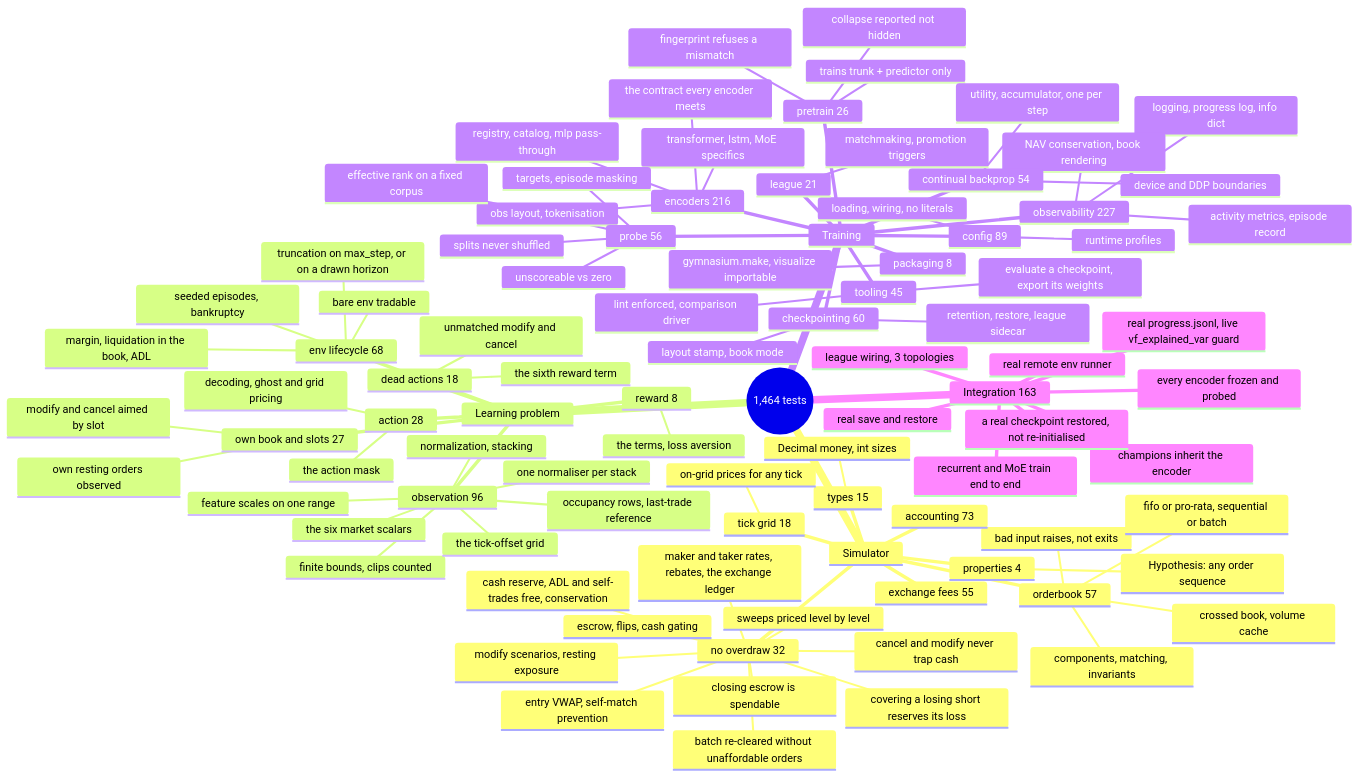
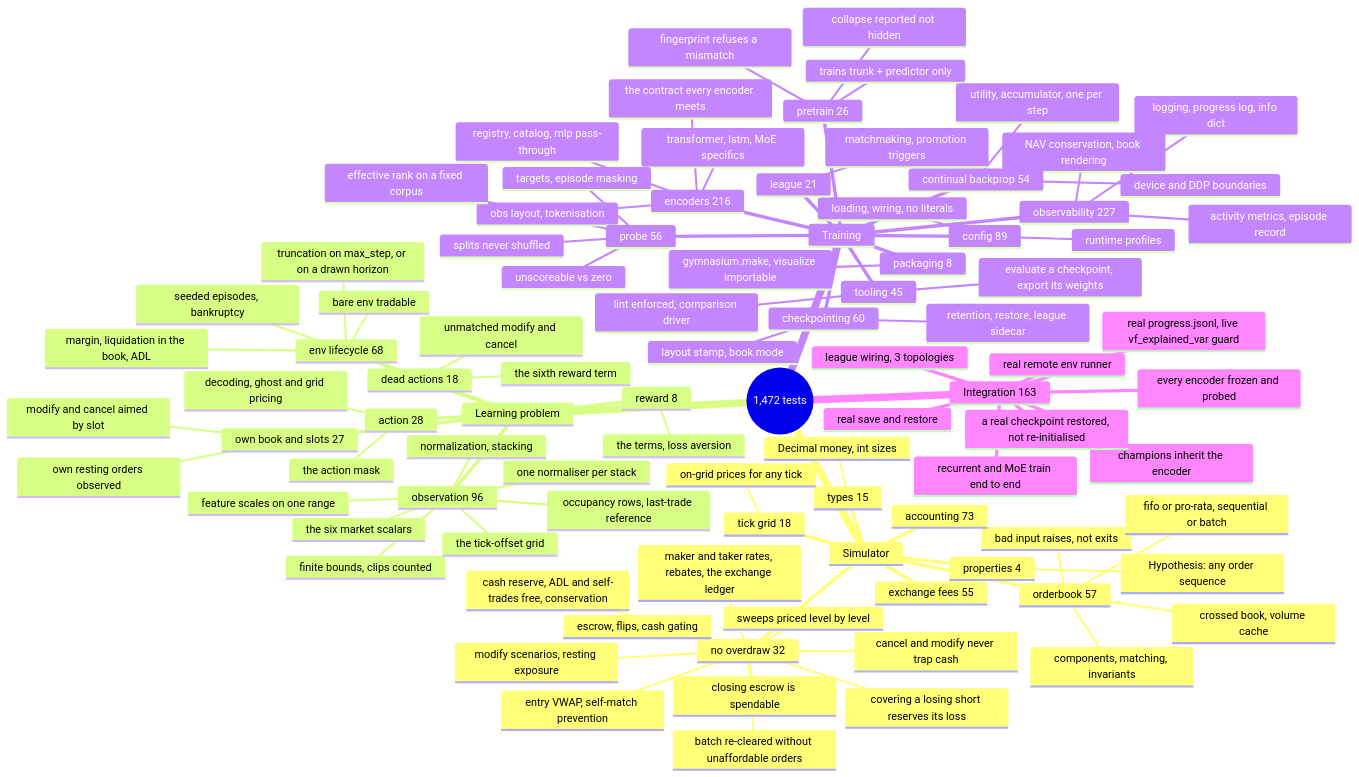
The diagram in doc/10_testing.md (ChuaCheowHuan/gym-continuousDoubleAuction), drawn with Mermaid before and after one commit. The commit also changed other lines of this file and 10 other files, not shown here.

````diff
--- a/doc/10_testing.md
+++ b/doc/10_testing.md
@@ -144,6 +144,6 @@
 ```mermaid
 mindmap
-  root((1,464 tests))
+  root((1,472 tests))
     Simulator
       orderbook 57
         components, matching, invariants
````
